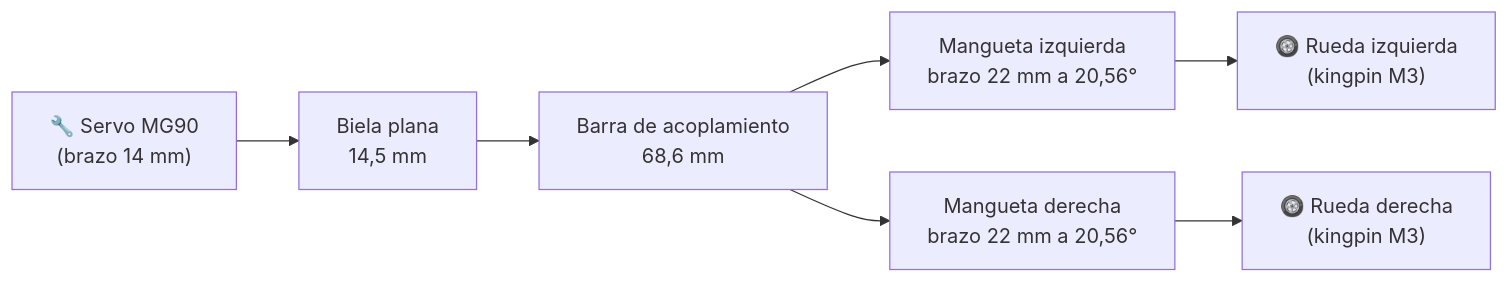
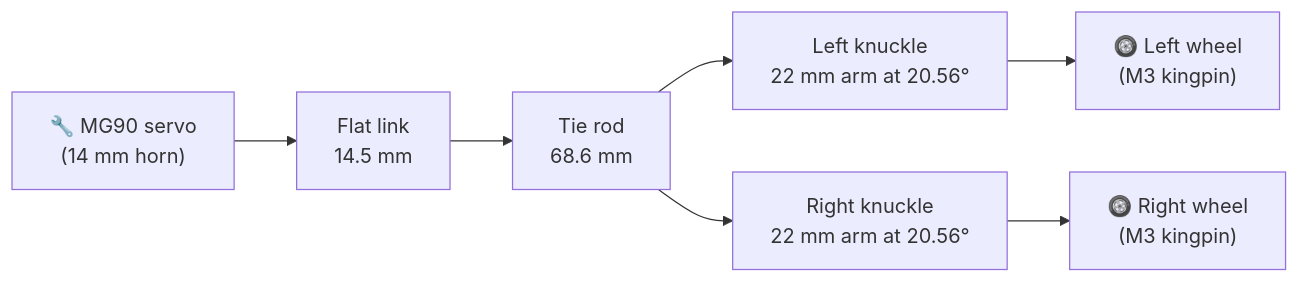
One commit to erchivox/Prometheus-Team-2026 changed the fifth of 18 diagrams in README.md. Above: the diagram before and after it, drawn with Mermaid. The commit also changed other lines of this file and 8 other files, not shown here.

````diff
--- a/README.md
+++ b/README.md
@@ -917,9 +917,9 @@
 ```mermaid
 flowchart LR
-    S["🔧 Servo MG90<br/>(brazo 14 mm)"] --> B["Biela plana<br/>14,5 mm"]
-    B --> T["Barra de acoplamiento<br/>68,6 mm"]
-    T --> MI["Mangueta izquierda<br/>brazo 22 mm a 20,56°"]
-    T --> MD["Mangueta derecha<br/>brazo 22 mm a 20,56°"]
-    MI --> RI["🛞 Rueda izquierda<br/>(kingpin M3)"]
-    MD --> RD["🛞 Rueda derecha<br/>(kingpin M3)"]
+    S["🔧 MG90 servo<br/>(14 mm horn)"] --> B["Flat link<br/>14.5 mm"]
+    B --> T["Tie rod<br/>68.6 mm"]
+    T --> MI["Left knuckle<br/>22 mm arm at 20.56°"]
+    T --> MD["Right knuckle<br/>22 mm arm at 20.56°"]
+    MI --> RI["🛞 Left wheel<br/>(M3 kingpin)"]
+    MD --> RD["🛞 Right wheel<br/>(M3 kingpin)"]
 ```
````
